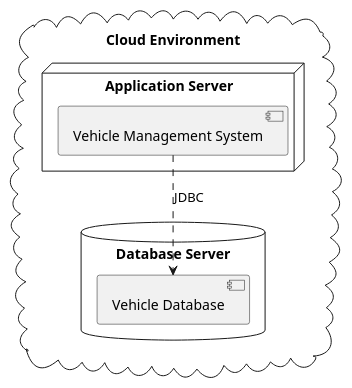
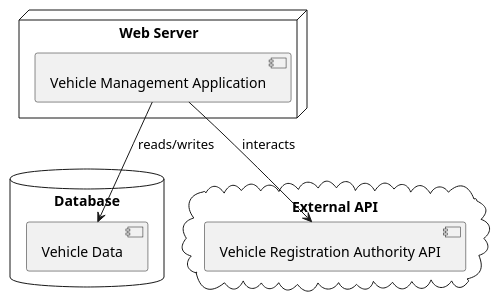
The second of 2 diagrams in vehiclemanagement/documentation/architecturedesign.adoc (Dinesh-s95/AutoDoc.ai), drawn with PlantUML before and after one commit. The commit also changed other lines of this file and 11 other files, not shown here.

```diff
--- a/vehiclemanagement/documentation/architecturedesign.adoc
+++ b/vehiclemanagement/documentation/architecturedesign.adoc
@@ -92,17 +93,22 @@
-[plantuml, "deployment_architecture", png]
-....
+[plantuml, "deployment-architecture", png]
+----
 @startuml
 skinparam componentStyle uml2
 
-cloud "Cloud Environment" {
-    node "Application Server" {
-        [Vehicle Management System]
-    }
-    database "Database Server" {
-        [Vehicle Database]
-    }
+node "Web Server" {
+  [Vehicle Management Application]
 }
 
-[Vehicle Management System] ..> [Vehicle Database] : JDBC
+database "Database" {
+  [Vehicle Data]
+}
+
+[Vehicle Management Application] --> [Vehicle Data] : reads/writes
+
+cloud "External API" {
+  [Vehicle Registration Authority API]
+}
+
+[Vehicle Management Application] --> [Vehicle Registration Authority API] : interacts
 @enduml
-....
+----
```
